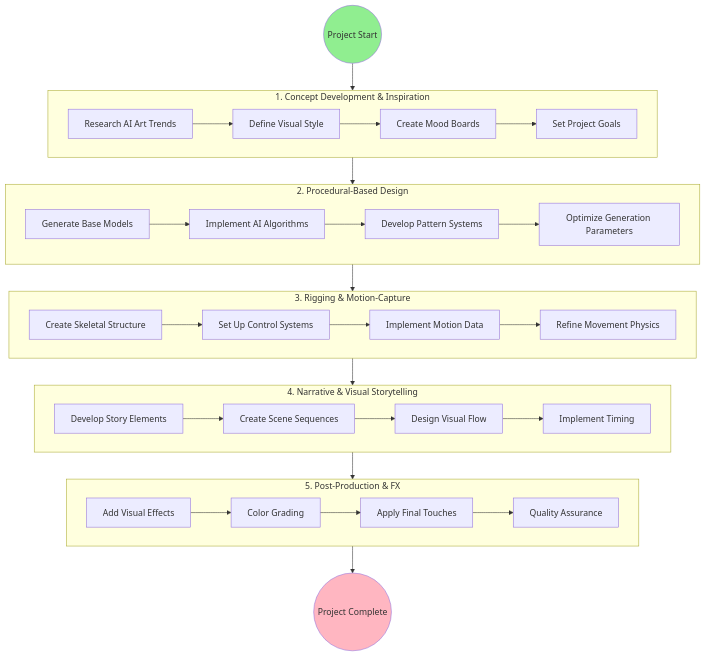
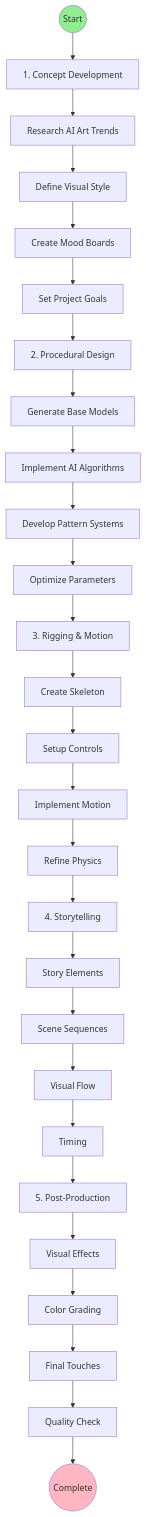
Before and after one commit to lionbrush/3d-ai: the diagram in assets/assets.md, drawn with Mermaid.

````diff
--- a/assets/assets.md
+++ b/assets/assets.md
@@ -3,43 +3,38 @@
 ```mermaid
-graph TD
-    Start((Project Start)) --> Concept
-
-    subgraph Concept["1. Concept Development & Inspiration"]
-        A1[Research AI Art Trends] --> A2[Define Visual Style]
-        A2 --> A3[Create Mood Boards]
-        A3 --> A4[Set Project Goals]
-    end
-
-    subgraph Procedural["2. Procedural-Based Design"]
-        B1[Generate Base Models] --> B2[Implement AI Algorithms]
-        B2 --> B3[Develop Pattern Systems]
-        B3 --> B4[Optimize Generation Parameters]
-    end
-
-    subgraph Rigging["3. Rigging & Motion-Capture"]
-        C1[Create Skeletal Structure] --> C2[Set Up Control Systems]
-        C2 --> C3[Implement Motion Data]
-        C3 --> C4[Refine Movement Physics]
-    end
-
-    subgraph Narrative["4. Narrative & Visual Storytelling"]
-        D1[Develop Story Elements] --> D2[Create Scene Sequences]
-        D2 --> D3[Design Visual Flow]
-        D3 --> D4[Implement Timing]
-    end
-
-    subgraph PostFX["5. Post-Production & FX"]
-        E1[Add Visual Effects] --> E2[Color Grading]
-        E2 --> E3[Apply Final Touches]
-        E3 --> E4[Quality Assurance]
-    end
-
-    Concept --> Procedural
-    Procedural --> Rigging
-    Rigging --> Narrative
-    Narrative --> PostFX
-    PostFX --> Final((Project Complete))
+flowchart TD
+    Start((Start)) --> Concept
+    
+    Concept[1. Concept Development] --> A1
+    A1[Research AI Art Trends] --> A2[Define Visual Style]
+    A2 --> A3[Create Mood Boards]
+    A3 --> A4[Set Project Goals]
+    
+    A4 --> Procedural[2. Procedural Design]
+    Procedural --> B1[Generate Base Models]
+    B1 --> B2[Implement AI Algorithms]
+    B2 --> B3[Develop Pattern Systems]
+    B3 --> B4[Optimize Parameters]
+    
+    B4 --> Rigging[3. Rigging & Motion]
+    Rigging --> C1[Create Skeleton]
+    C1 --> C2[Setup Controls]
+    C2 --> C3[Implement Motion]
+    C3 --> C4[Refine Physics]
+    
+    C4 --> Narrative[4. Storytelling]
+    Narrative --> D1[Story Elements]
+    D1 --> D2[Scene Sequences]
+    D2 --> D3[Visual Flow]
+    D3 --> D4[Timing]
+    
+    D4 --> PostFX[5. Post-Production]
+    PostFX --> E1[Visual Effects]
+    E1 --> E2[Color Grading]
+    E2 --> E3[Final Touches]
+    E3 --> E4[Quality Check]
+    
+    E4 --> End((Complete))
 
     style Start fill:#90EE90
-    style Final fill:#FFB6C1
+    style End fill:#FFB6C1
 ```
````
